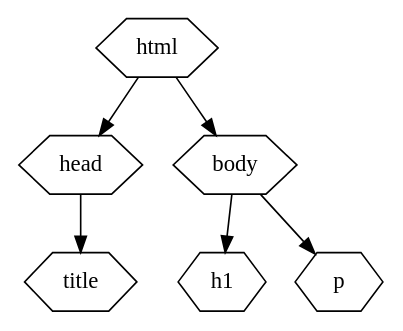
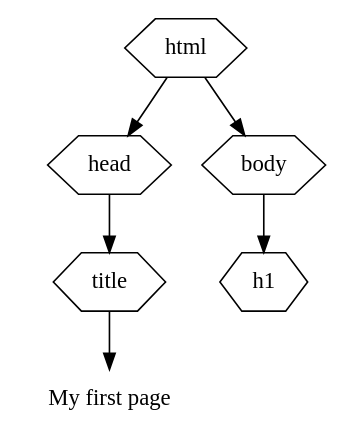
The tenth of 18 diagrams in courseware/week2/day1.org (nikclayton/web-courseware), drawn with Graphviz before and after one commit. The commit also changed other lines of this file and 53 other files, not shown here.

```diff
--- a/courseware/week2/day1.org
+++ b/courseware/week2/day1.org
@@ -2689,10 +2801,12 @@
-#+BEGIN_SRC dot :file html-tree3.svg :cmdline -Tsvg -Gstylesheet=../graphviz.css
+#+BEGIN_SRC dot :file html-tree-6.svg :cmdline -Tsvg -Gstylesheet=../graphviz.css
 digraph G {
   node [shape="hexagon"];
-  html -> head;
+  html -> head
+  head -> title
+  title -> title_content
+  title_content  [label="My first page" shape=none];
+
   html -> body;
-  head -> title;
   body -> h1;
-  body -> p;
 }
 #+END_SRC
```
